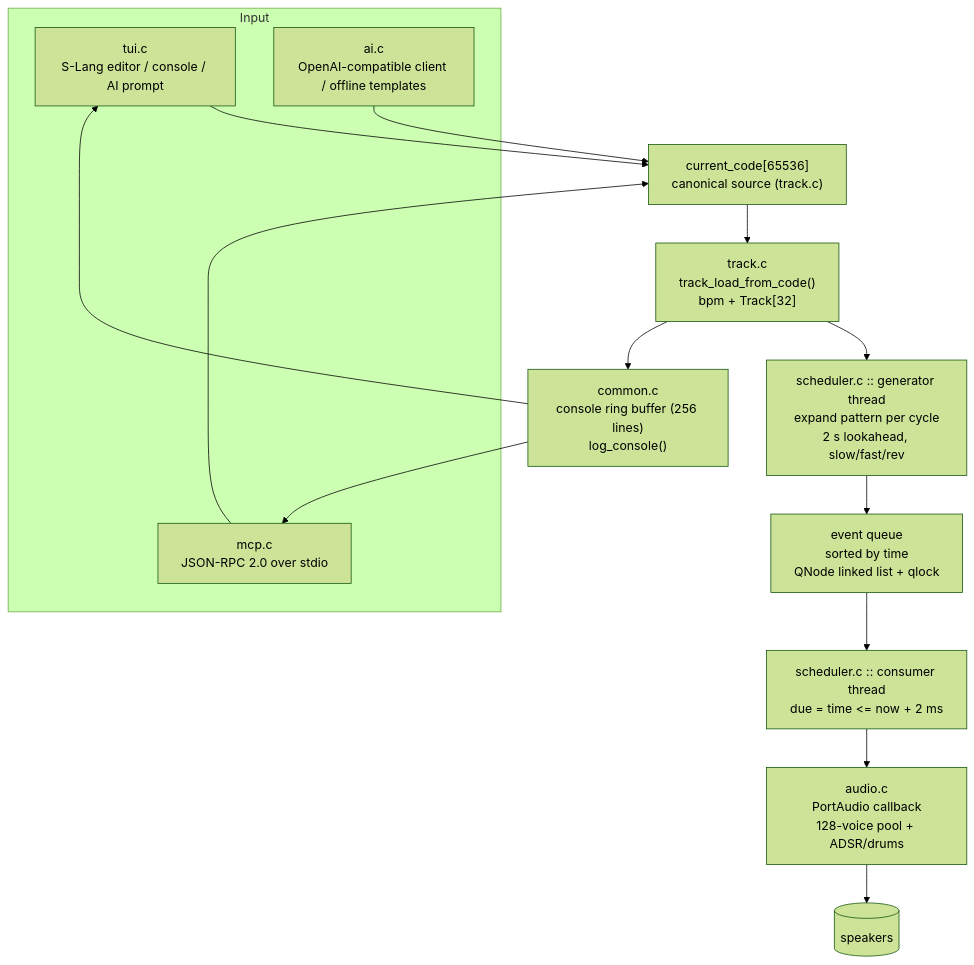
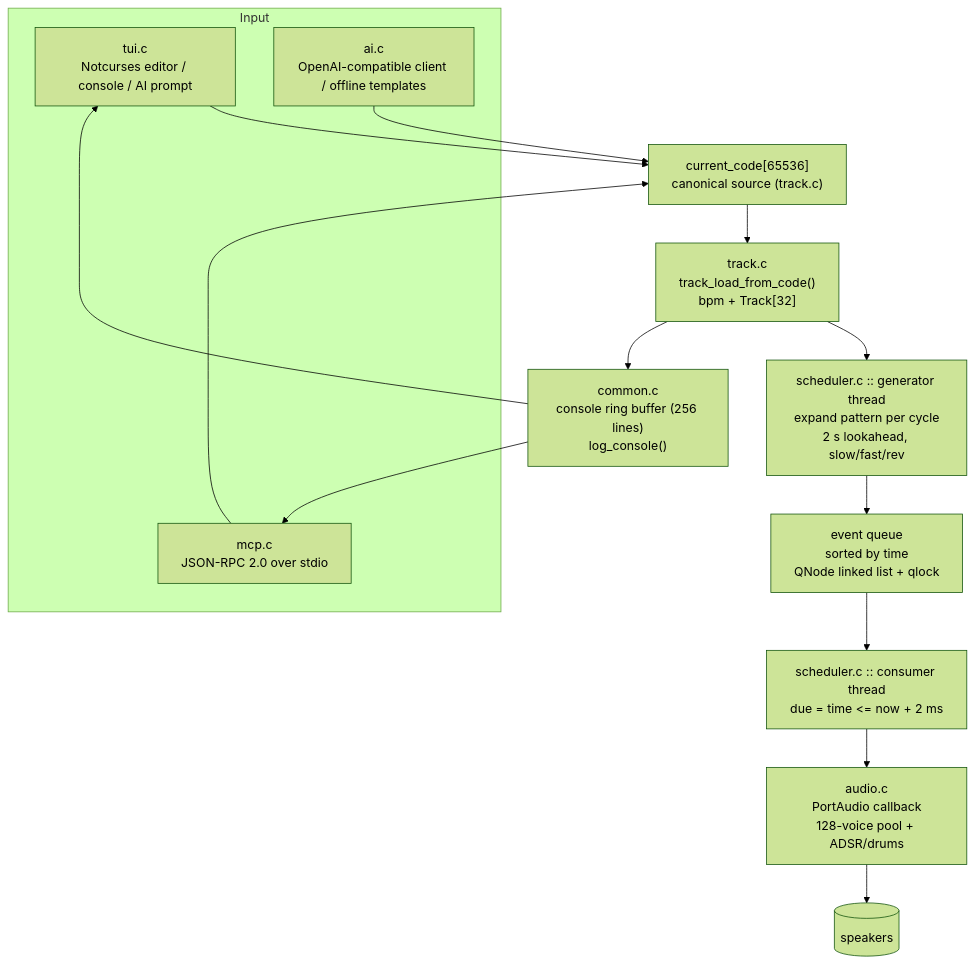
One commit to ekollof/tompouce changed the diagram in docs/architecture.md. Above: the diagram before and after it, drawn with Mermaid (forest theme). The commit also changed other lines of this file and 30 other files, not shown here.

First line of the commit message:
Port TUI to Notcurses and expand manifest-based sound browsing

````diff
--- a/docs/architecture.md
+++ b/docs/architecture.md
@@ -29,21 +29,21 @@
 ```mermaid
 flowchart TB
     subgraph Input
-        UI["tui.c<br/>S-Lang editor / console / AI prompt"]
+        UI["tui.c<br/>Notcurses editor / console / AI prompt"]
         MCP["mcp.c<br/>JSON-RPC 2.0 over stdio"]
         AI["ai.c<br/>OpenAI-compatible client / offline templates"]
     end
     CODE["current_code[65536]<br/>canonical source (track.c)"]
     UI --> CODE
     MCP --> CODE
     AI --> CODE
     CODE --> TRK["track.c<br/>track_load_from_code()<br/>bpm + Track[32]"]
     TRK --> GEN["scheduler.c :: generator thread<br/>expand pattern per cycle<br/>2 s lookahead, slow/fast/rev"]
     GEN --> Q["event queue<br/>sorted by time<br/>QNode linked list + qlock"]
     Q --> CONS["scheduler.c :: consumer thread<br/>due = time <= now + 2 ms"]
     CONS --> ENG["audio.c<br/>PortAudio callback<br/>128-voice pool + ADSR/drums"]
     ENG --> OUT[("speakers")]
     TRK --> LOG["common.c<br/>console ring buffer (256 lines)<br/>log_console()"]
     LOG --> UI
     LOG --> MCP
 ```
````
